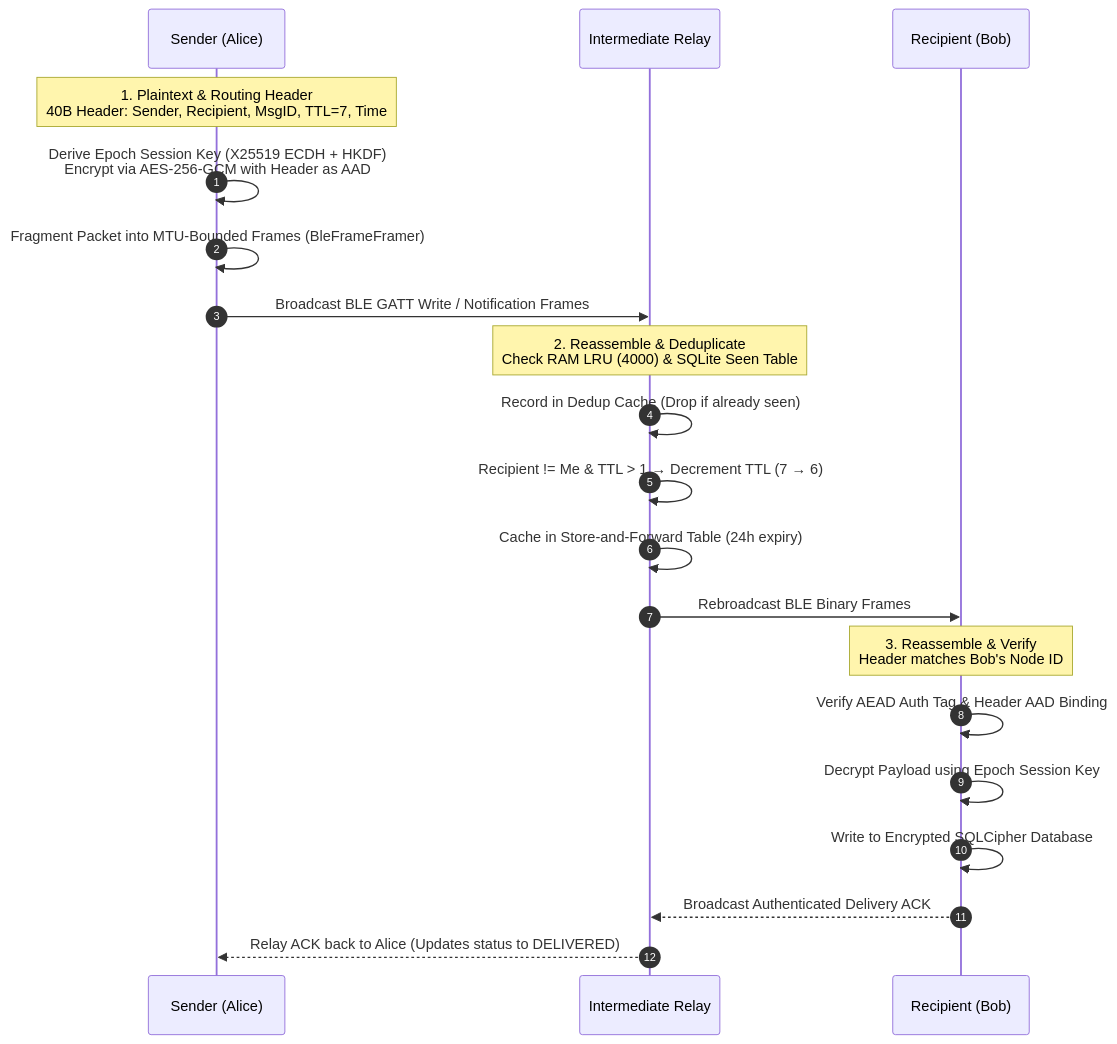
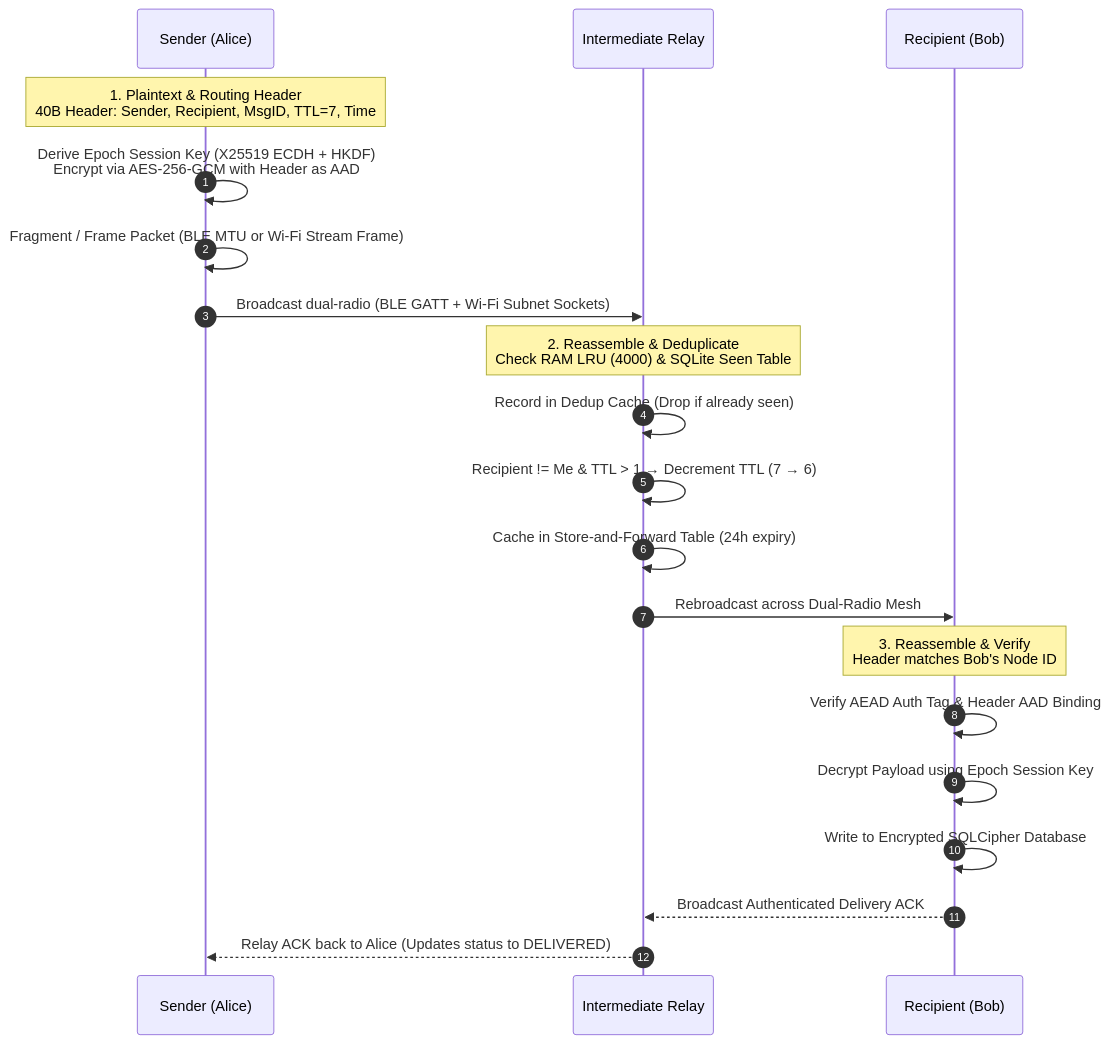
Before and after one commit to gintama1018/BIT-FOR-US: the diagram in README.md, drawn with Mermaid. The commit also changed other lines of this file, not shown here.

Commit message:
docs: update README.md with Phase 1 Hybrid Transport, Phase 3 SAR & GPS, and Sahara UI architecture

````diff
--- a/README.md
+++ b/README.md
@@ -46,25 +72,25 @@
 ```mermaid
 sequenceDiagram
     autonumber
     participant Alice as Sender (Alice)
     participant Relay as Intermediate Relay
     participant Bob as Recipient (Bob)
 
     Note over Alice: 1. Plaintext & Routing Header<br/>40B Header: Sender, Recipient, MsgID, TTL=7, Time
     Alice->>Alice: Derive Epoch Session Key (X25519 ECDH + HKDF)<br/>Encrypt via AES-256-GCM with Header as AAD
-    Alice->>Alice: Fragment Packet into MTU-Bounded Frames (BleFrameFramer)
-    Alice->>Relay: Broadcast BLE GATT Write / Notification Frames
+    Alice->>Alice: Fragment / Frame Packet (BLE MTU or Wi-Fi Stream Frame)
+    Alice->>Relay: Broadcast dual-radio (BLE GATT + Wi-Fi Subnet Sockets)
 
     Note over Relay: 2. Reassemble & Deduplicate<br/>Check RAM LRU (4000) & SQLite Seen Table
     Relay->>Relay: Record in Dedup Cache (Drop if already seen)
     Relay->>Relay: Recipient != Me & TTL > 1 → Decrement TTL (7 → 6)
     Relay->>Relay: Cache in Store-and-Forward Table (24h expiry)
-    Relay->>Bob: Rebroadcast BLE Binary Frames
+    Relay->>Bob: Rebroadcast across Dual-Radio Mesh
 
     Note over Bob: 3. Reassemble & Verify<br/>Header matches Bob's Node ID
     Bob->>Bob: Verify AEAD Auth Tag & Header AAD Binding
     Bob->>Bob: Decrypt Payload using Epoch Session Key
     Bob->>Bob: Write to Encrypted SQLCipher Database
     Bob-->>Relay: Broadcast Authenticated Delivery ACK
     Relay-->>Alice: Relay ACK back to Alice (Updates status to DELIVERED)
 ```
````
